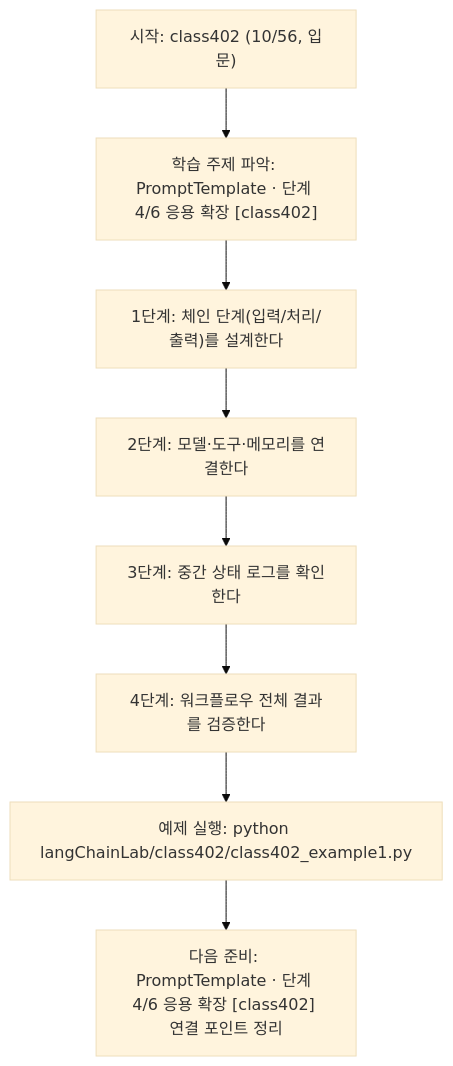
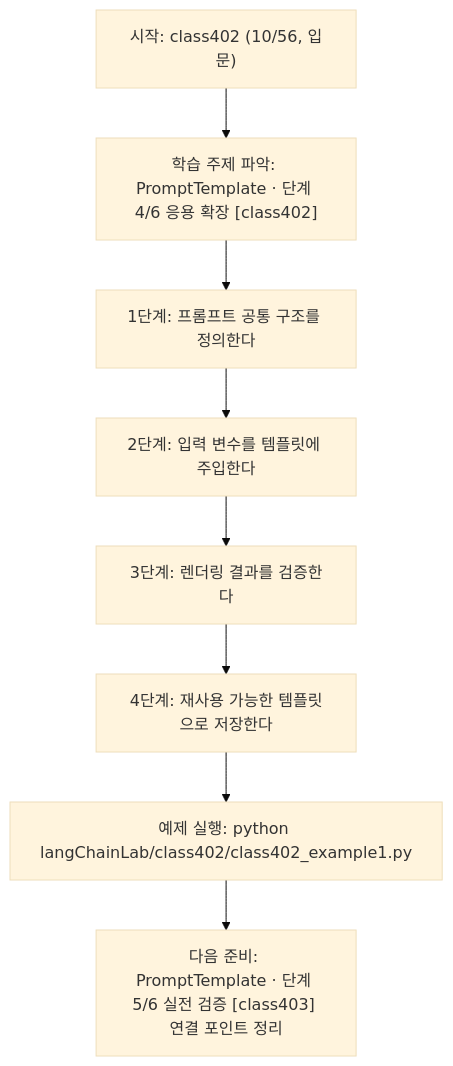
The diagram in langChainLab/class402/class402.md (edumgt/Python-AI_Agent-Class), drawn with Mermaid (base theme) before and after one commit. The commit also changed other lines of this file and 395 other files, not shown here.

````diff
--- a/langChainLab/class402/class402.md
+++ b/langChainLab/class402/class402.md
@@ -108,18 +90,18 @@
 ```mermaid
 flowchart TD
 N1["시작: class402 (10/56, 입문)"]
 N2["학습 주제 파악: PromptTemplate · 단계 4/6 응용 확장 [class402]"]
-N3["1단계: 체인 단계(입력/처리/출력)를 설계한다"]
-N4["2단계: 모델·도구·메모리를 연결한다"]
-N5["3단계: 중간 상태 로그를 확인한다"]
-N6["4단계: 워크플로우 전체 결과를 검증한다"]
+N3["1단계: 프롬프트 공통 구조를 정의한다"]
+N4["2단계: 입력 변수를 템플릿에 주입한다"]
+N5["3단계: 렌더링 결과를 검증한다"]
+N6["4단계: 재사용 가능한 템플릿으로 저장한다"]
 N7["예제 실행: python langChainLab/class402/class402_example1.py"]
-N8["다음 준비: PromptTemplate · 단계 4/6 응용 확장 [class402] 연결 포인트 정리"]
+N8["다음 준비: PromptTemplate · 단계 5/6 실전 검증 [class403] 연결 포인트 정리"]
 N1 --> N2
 N2 --> N3
 N3 --> N4
 N4 --> N5
 N5 --> N6
 N6 --> N7
 N7 --> N8
 ```
````
